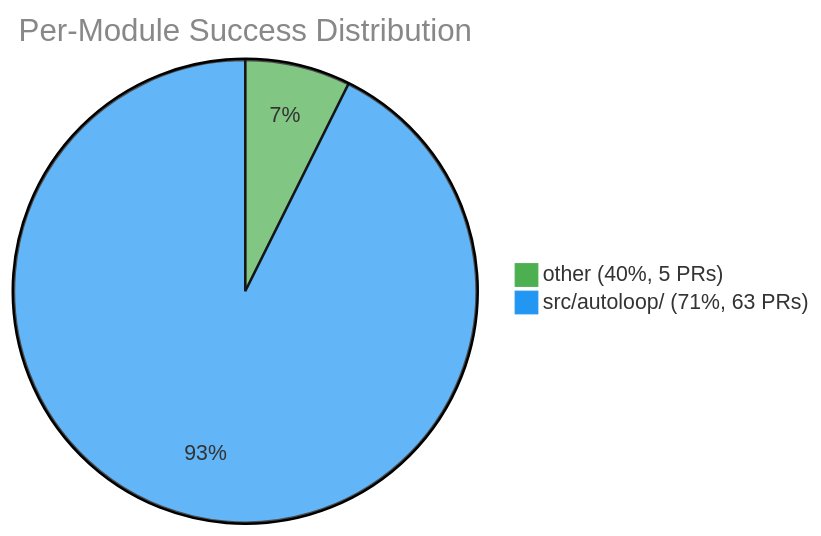
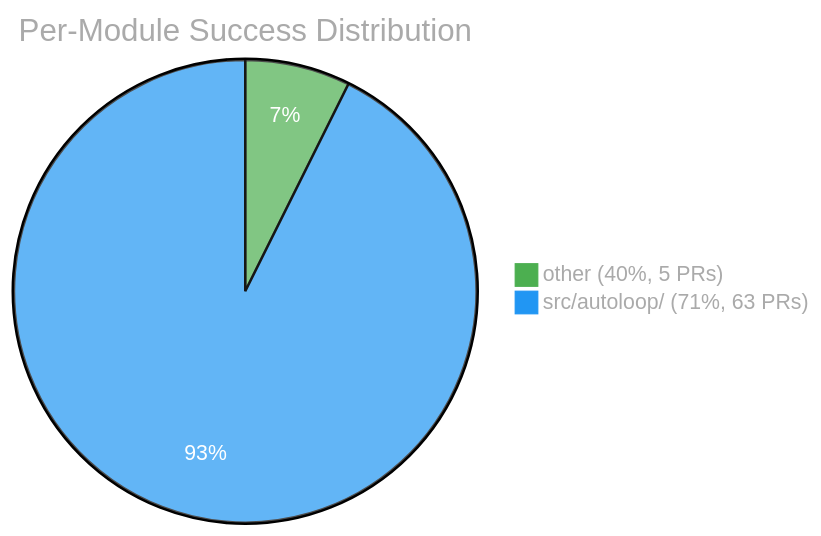
One commit to Sanctum-Origo-Systems/autoloop changed the third of 3 diagrams in EVAL.md. Above: the diagram before and after it, drawn with Mermaid.

Commit message:
chore: update eval report (2026-09-18)

````diff
--- a/EVAL.md
+++ b/EVAL.md
@@ -47,6 +47,6 @@
 ```mermaid
-%%{init: {'theme': 'base', 'themeVariables': {'pie1': '#4CAF50', 'pie2': '#2196F3', 'pie3': '#FF9800', 'pie4': '#E91E63', 'pie5': '#9C27B0', 'pie6': '#00BCD4', 'pieTitleTextColor': '#888'}}}%%
+%%{init: {'theme': 'base', 'themeVariables': {'pie1': '#4CAF50', 'pie2': '#2196F3', 'pie3': '#FF9800', 'pie4': '#E91E63', 'pie5': '#9C27B0', 'pie6': '#00BCD4', 'pieTitleTextColor': '#aaa', 'pieLegendTextColor': '#aaa', 'pieSectionTextColor': '#fff'}}}%%
 pie title Per-Module Success Distribution
     "other (40%, 5 PRs)" : 5
     "src/autoloop/ (71%, 63 PRs)" : 63
 ```
````
